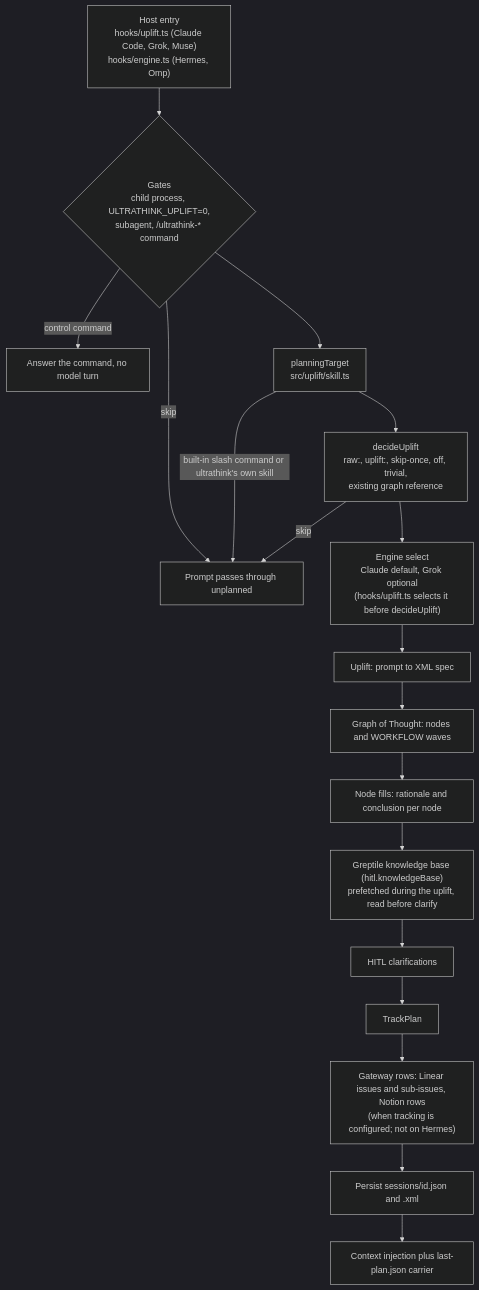
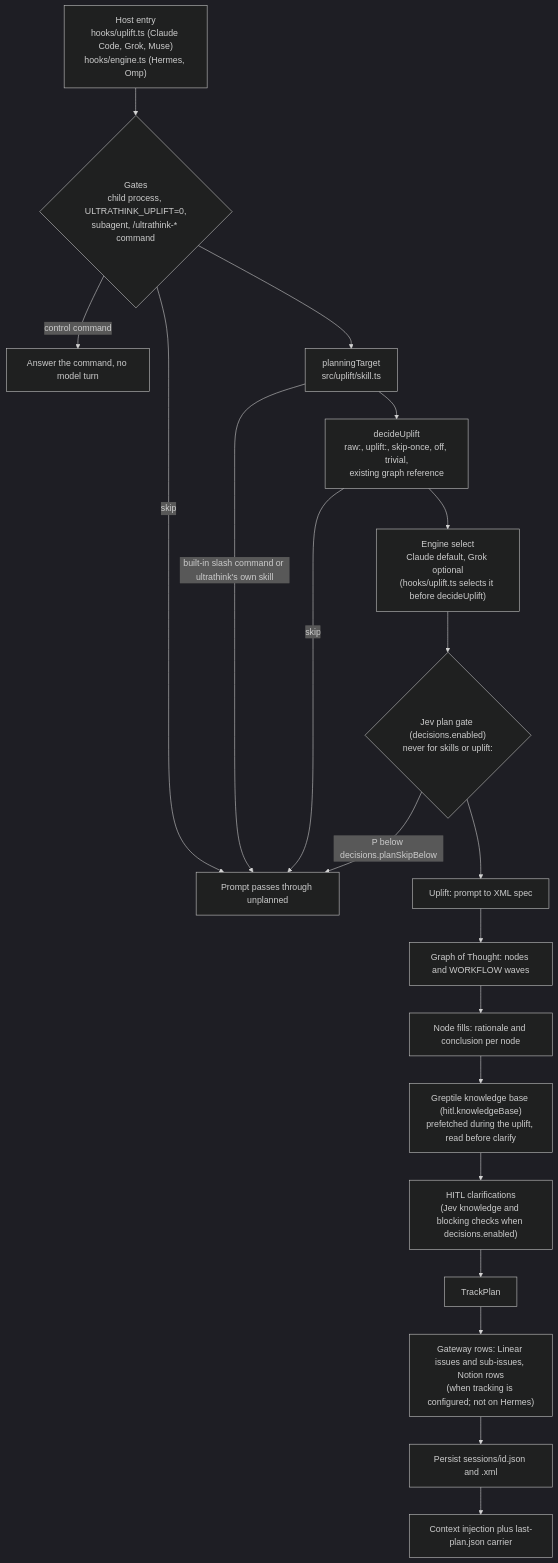
One commit to swcstudiospace/claude-ultrathink changed the second of 9 diagrams in docs/architecture.md. Above: the diagram before and after it, drawn with Mermaid (dark theme). The commit also changed other lines of this file and 71 other files, not shown here.

First line of the commit message:
Feat/decisions jev (#12)

````diff
--- a/docs/architecture.md
+++ b/docs/architecture.md
@@ -92,20 +98,22 @@
 ```mermaid
 flowchart TD
     A["Host entry<br/>hooks/uplift.ts (Claude Code, Grok, Muse)<br/>hooks/engine.ts (Hermes, Omp)"] --> B{"Gates<br/>child process, ULTRATHINK_UPLIFT=0,<br/>subagent, /ultrathink-* command"}
     B -- "control command" --> R["Answer the command, no model turn"]
     B -- "skip" --> Z["Prompt passes through unplanned"]
     B --> C["planningTarget<br/>src/uplift/skill.ts"]
     C -- "built-in slash command or ultrathink's own skill" --> Z
     C --> D["decideUplift<br/>raw:, uplift:, skip-once, off, trivial,<br/>existing graph reference"]
     D -- "skip" --> Z
     D --> E["Engine select<br/>Claude default, Grok optional<br/>(hooks/uplift.ts selects it before decideUplift)"]
-    E --> F["Uplift: prompt to XML spec"]
+    E --> JG{"Jev plan gate (decisions.enabled)<br/>never for skills or uplift:"}
+    JG -- "P below decisions.planSkipBelow" --> Z
+    JG --> F["Uplift: prompt to XML spec"]
     F --> G["Graph of Thought: nodes and WORKFLOW waves"]
     G --> H["Node fills: rationale and conclusion per node"]
     H --> KB["Greptile knowledge base (hitl.knowledgeBase)<br/>prefetched during the uplift, read before clarify"]
-    KB --> I["HITL clarifications"]
+    KB --> I["HITL clarifications<br/>(Jev knowledge and blocking checks when decisions.enabled)"]
     I --> J["TrackPlan"]
     J --> K["Gateway rows: Linear issues and sub-issues, Notion rows<br/>(when tracking is configured; not on Hermes)"]
     K --> L["Persist sessions/id.json and .xml"]
     L --> M["Context injection plus last-plan.json carrier"]
 ```
````
